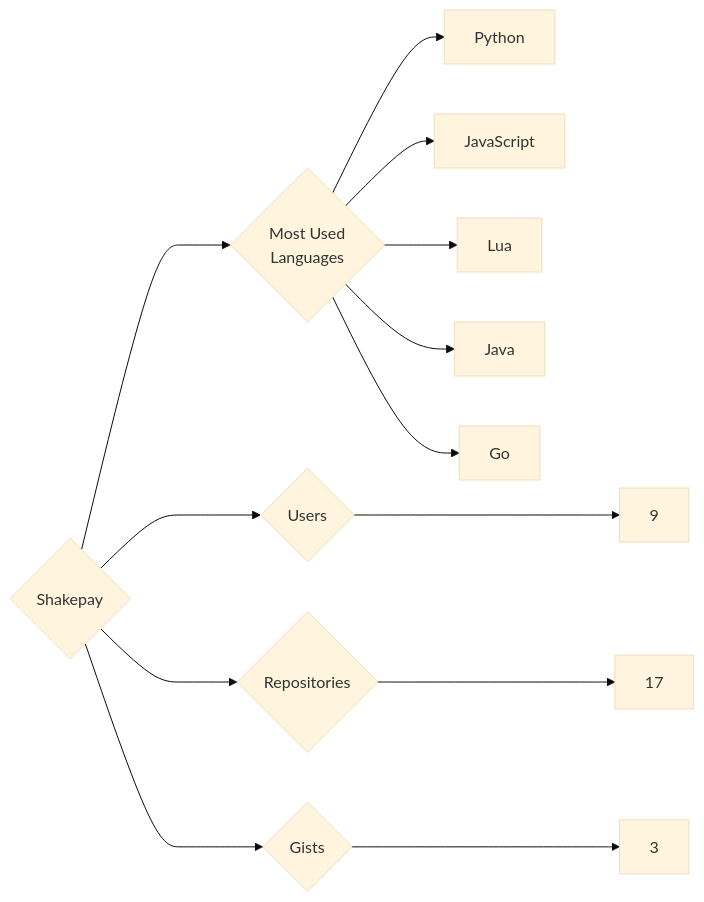
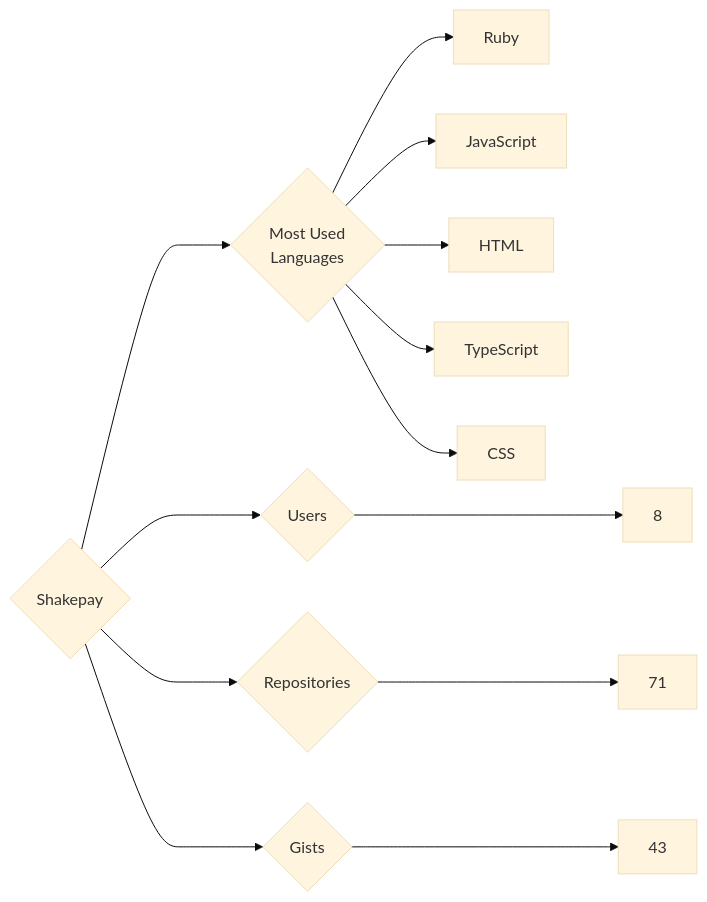
The diagram in targets/Shakepay/README.md (trickest/insiders), drawn with Mermaid (base theme) before and after one commit. The commit also changed 969 other files, not shown here.

````diff
--- a/targets/Shakepay/README.md
+++ b/targets/Shakepay/README.md
@@ -3,13 +3,13 @@
 ```mermaid
 graph LR
 COMPANY_NAME{Shakepay}
-COMPANY_NAME ---> U{Users} ---> UN[9]
-COMPANY_NAME ---> R{Repositories} ---> RN[17]
-COMPANY_NAME ---> G{Gists} ---> GN[3]
+COMPANY_NAME ---> U{Users} ---> UN[8]
+COMPANY_NAME ---> R{Repositories} ---> RN[71]
+COMPANY_NAME ---> G{Gists} ---> GN[43]
 COMPANY_NAME ---> ML{Most Used<br>Languages}
-ML --> Python[Python]
+ML --> Ruby[Ruby]
 ML --> JavaScript[JavaScript]
-ML --> Lua[Lua]
-ML --> Java[Java]
-ML --> Go[Go]
+ML --> HTML[HTML]
+ML --> TypeScript[TypeScript]
+ML --> CSS[CSS]
 ```
````
